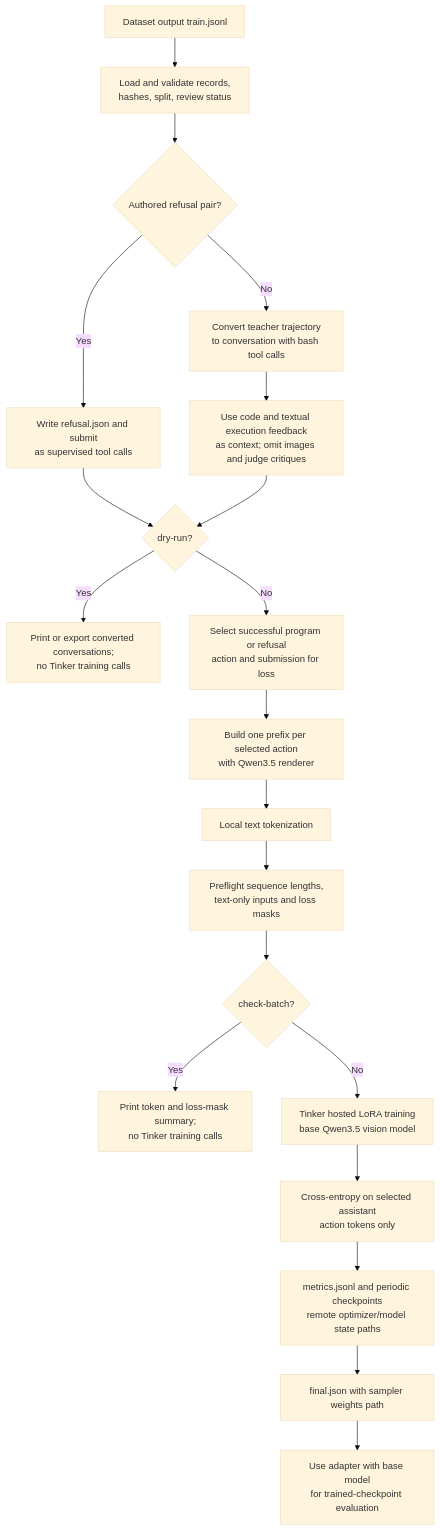
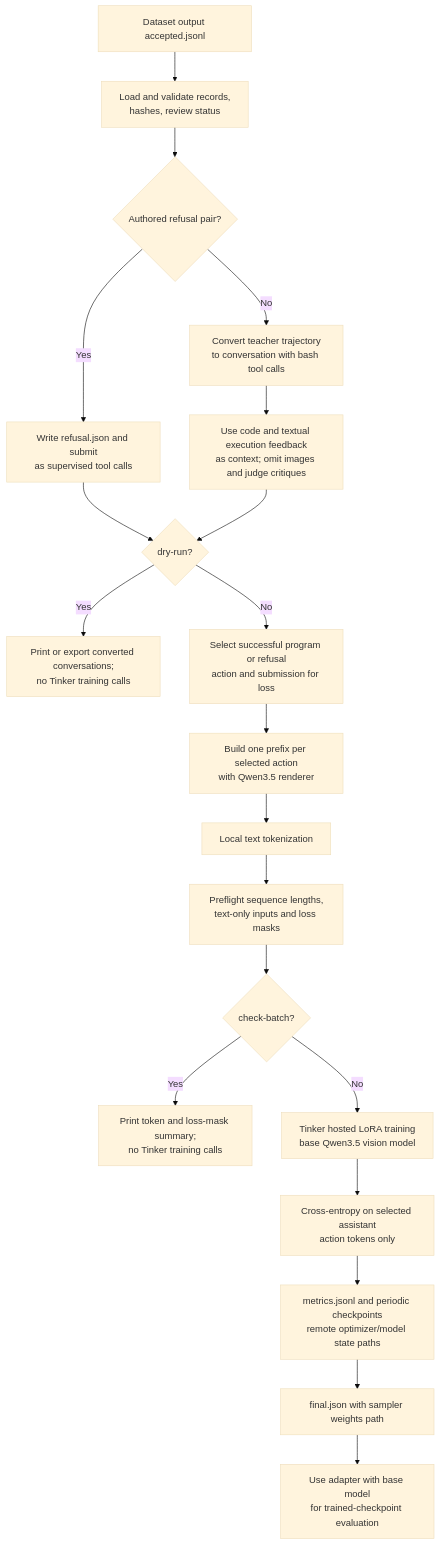
The third of 3 diagrams in docs/pipeline-diagrams.md (RashikShahjahan/artsy-fartsy), drawn with Mermaid (base theme) before and after one commit. The commit also changed 18 other files, not shown here.

````diff
--- a/docs/pipeline-diagrams.md
+++ b/docs/pipeline-diagrams.md
@@ -86,22 +86,22 @@
 ```mermaid
 flowchart TD
-    A[Dataset output train.jsonl] --> B[Load and validate records,<br/>hashes, split, review status]
+    A[Dataset output accepted.jsonl] --> B[Load and validate records,<br/>hashes, review status]
     B --> P{Authored refusal pair?}
     P -- Yes --> X[Write refusal.json and submit<br/>as supervised tool calls]
     X --> Q
     P -- No --> C[Convert teacher trajectory<br/>to conversation with bash tool calls]
     C --> D[Use code and textual execution feedback<br/>as context; omit images and judge critiques]
     D --> Q{dry-run?}
     Q -- Yes --> J[Print or export converted conversations;<br/>no Tinker training calls]
     Q -- No --> E[Select successful program or refusal<br/>action and submission for loss]
     E --> F[Build one prefix per selected action<br/>with Qwen3.5 renderer]
     F --> G[Local text tokenization]
     G --> H[Preflight sequence lengths,<br/>text-only inputs and loss masks]
     H --> I{check-batch?}
     I -- Yes --> R[Print token and loss-mask summary;<br/>no Tinker training calls]
     I -- No --> K[Tinker hosted LoRA training<br/>base Qwen3.5 vision model]
     K --> L[Cross-entropy on selected assistant<br/>action tokens only]
     L --> M[metrics.jsonl and periodic checkpoints<br/>remote optimizer/model state paths]
     M --> N[final.json with sampler weights path]
     N --> O[Use adapter with base model<br/>for trained-checkpoint evaluation]
 ```
````
